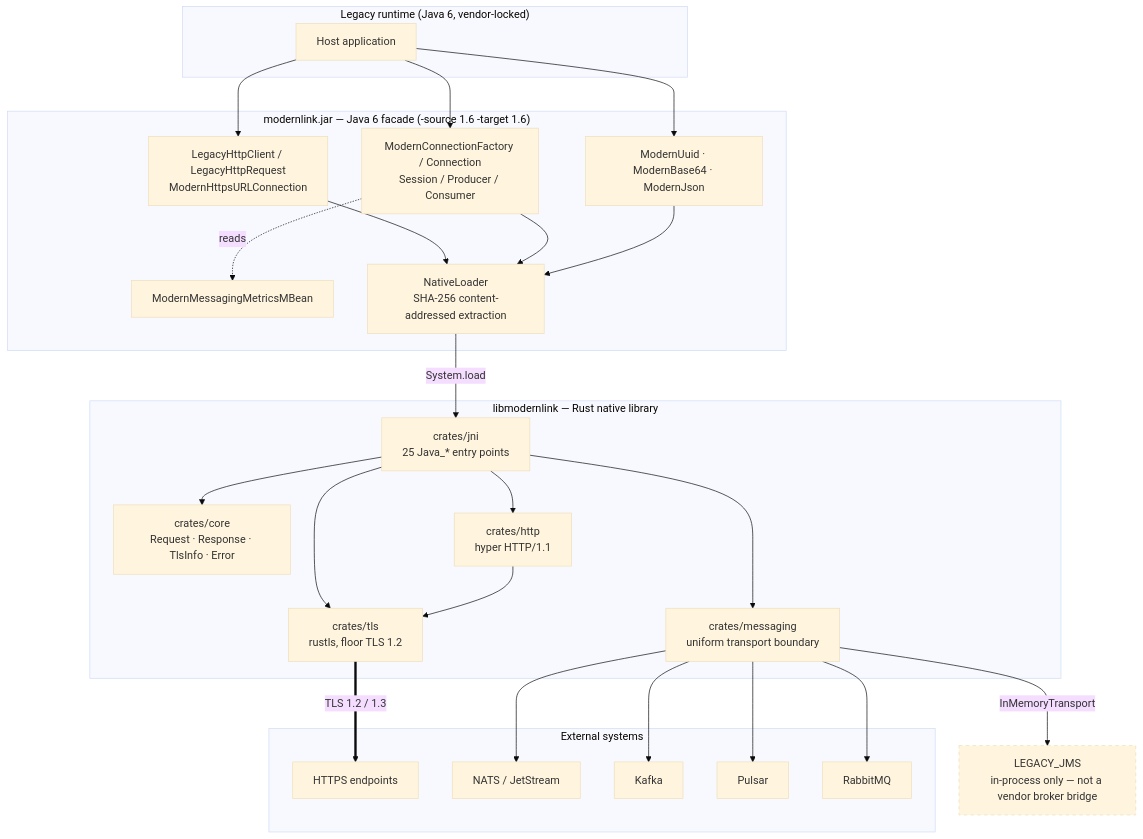
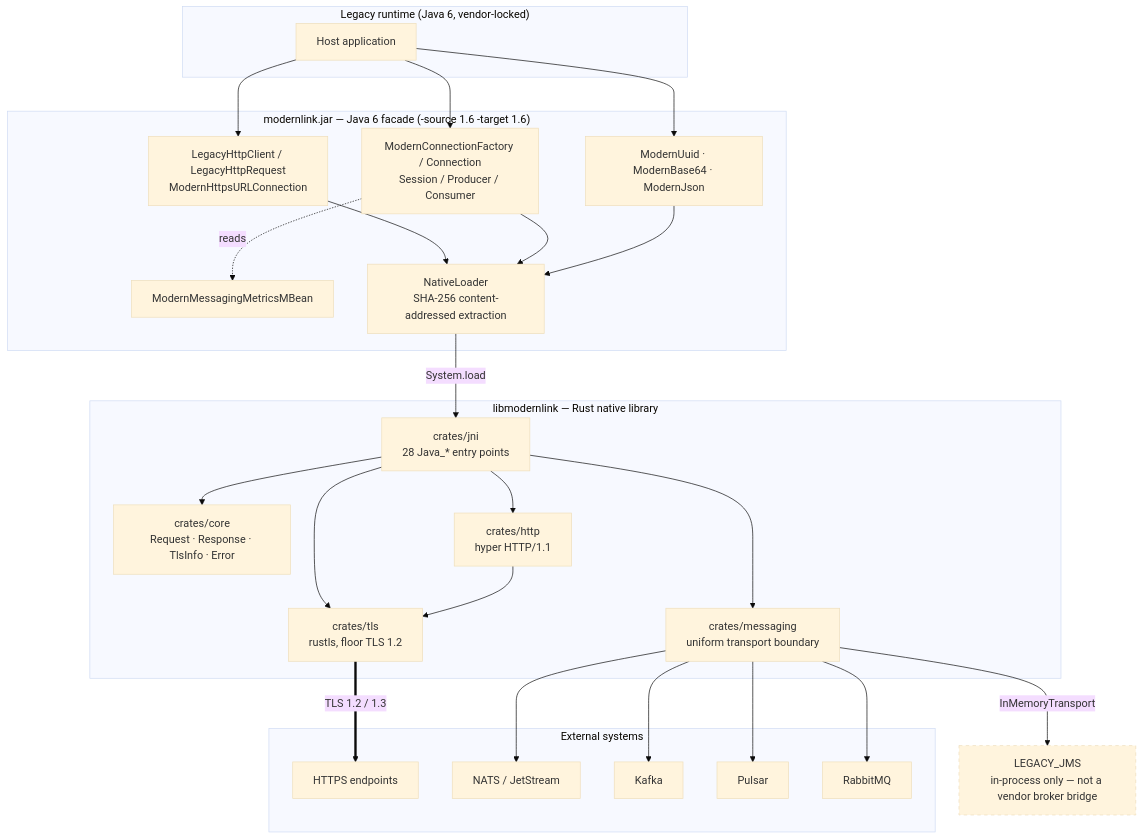
Before and after one commit to inovacc/modernlink: the first of 5 diagrams in docs/ARCHITECTURE.md, drawn with Mermaid (base theme). The commit also changed other lines of this file and 7 other files, not shown here.

````diff
--- a/docs/ARCHITECTURE.md
+++ b/docs/ARCHITECTURE.md
@@ -9,42 +9,42 @@
 ```mermaid
 flowchart TB
     subgraph legacy["Legacy runtime (Java 6, vendor-locked)"]
         APP["Host application"]
     end
 
     subgraph jar["modernlink.jar — Java 6 facade (-source 1.6 -target 1.6)"]
         HTTPF["LegacyHttpClient / LegacyHttpRequest<br/>ModernHttpsURLConnection"]
         MSGF["ModernConnectionFactory / Connection<br/>Session / Producer / Consumer"]
         UTIL["ModernUuid · ModernBase64 · ModernJson"]
         JMX["ModernMessagingMetricsMBean"]
         LOADER["NativeLoader<br/>SHA-256 content-addressed extraction"]
     end
 
     subgraph native["libmodernlink — Rust native library"]
-        JNIC["crates/jni<br/>25 Java_* entry points"]
+        JNIC["crates/jni<br/>28 Java_* entry points"]
         CORE["crates/core<br/>Request · Response · TlsInfo · Error"]
         HTTP["crates/http<br/>hyper HTTP/1.1"]
         TLS["crates/tls<br/>rustls, floor TLS 1.2"]
         MSG["crates/messaging<br/>uniform transport boundary"]
     end
 
     subgraph brokers["External systems"]
         HTTPS["HTTPS endpoints"]
         NATS["NATS / JetStream"]
         KAFKA["Kafka"]
         PULSAR["Pulsar"]
         RABBIT["RabbitMQ"]
     end
 
     APP --> HTTPF & MSGF & UTIL
     MSGF -.reads.-> JMX
     HTTPF & MSGF & UTIL --> LOADER
     LOADER -->|"System.load"| JNIC
     JNIC --> CORE & HTTP & TLS & MSG
     HTTP --> TLS
     TLS ==>|"TLS 1.2 / 1.3"| HTTPS
     MSG --> NATS & KAFKA & PULSAR & RABBIT
     MSG -->|"InMemoryTransport"| LEGACY["LEGACY_JMS<br/>in-process only — not a vendor broker bridge"]
 
     style LEGACY stroke-dasharray: 5 5
 ```
````
